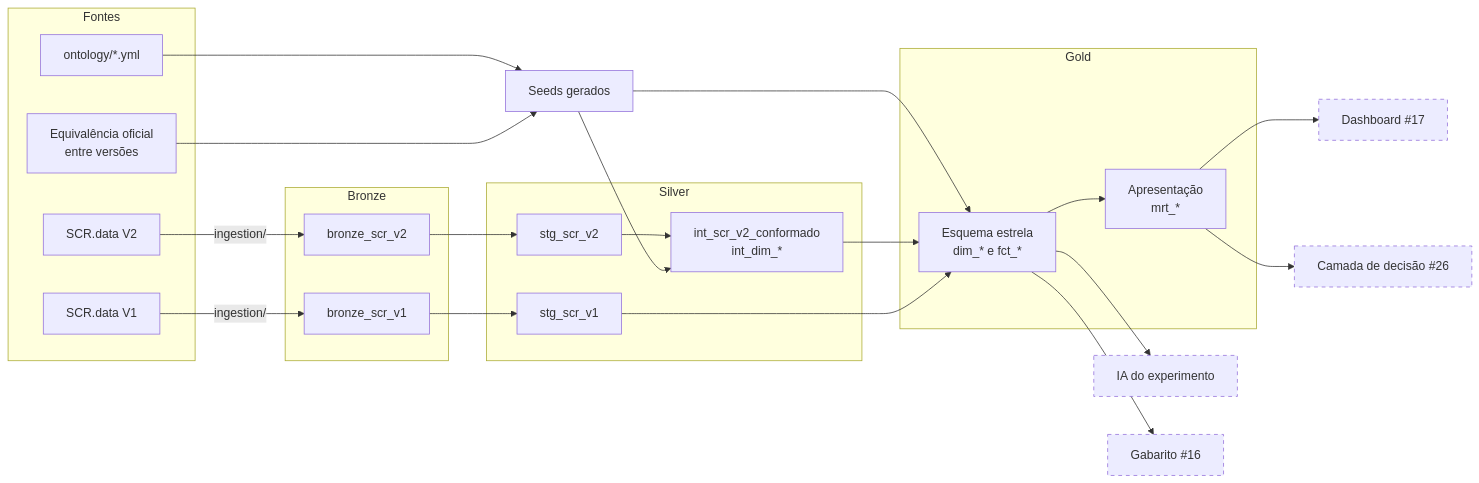
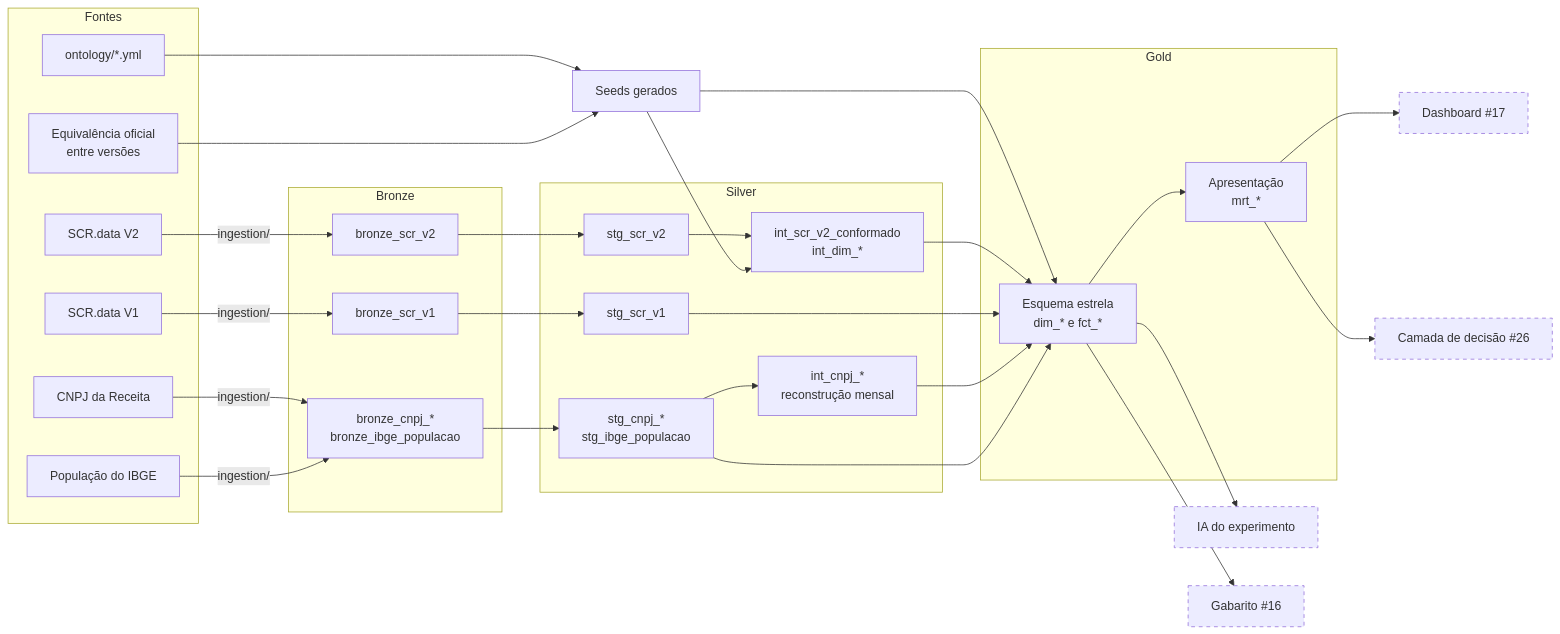
Before and after one commit to RCHRDYv/bcb-credito-governanca: the diagram in README.md, drawn with Mermaid. The commit also changed other lines of this file and 3 other files, not shown here.

First line of the commit message:
ADR 0009, especificacao, README e diagramas das fontes externas

````diff
--- a/README.md
+++ b/README.md
@@ -69,45 +69,52 @@
 ```mermaid
 flowchart LR
     subgraph fontes["Fontes"]
         v2["SCR.data V2"]
         v1["SCR.data V1"]
         onto["ontology/*.yml"]
         equiv["Equivalência oficial<br/>entre versões"]
+        cnpj["CNPJ da Receita"]
+        ibge["População do IBGE"]
     end
 
     subgraph bronze["Bronze"]
         b2["bronze_scr_v2"]
         b1["bronze_scr_v1"]
+        bext["bronze_cnpj_*<br/>bronze_ibge_populacao"]
     end
 
     seeds["Seeds gerados"]
 
     subgraph silver["Silver"]
         s2["stg_scr_v2"]
         s1["stg_scr_v1"]
         conf["int_scr_v2_conformado<br/>int_dim_*"]
+        sext["stg_cnpj_*<br/>stg_ibge_populacao"]
+        rec["int_cnpj_*<br/>reconstrução mensal"]
     end
 
     subgraph gold["Gold"]
         estrela["Esquema estrela<br/>dim_* e fct_*"]
         apres["Apresentação<br/>mrt_*"]
     end
 
     ia["IA do experimento"]
     gab["Gabarito #16"]
     dash["Dashboard #17"]
     dec["Camada de decisão #26"]
 
     v2 -- "ingestion/" --> b2 --> s2 --> conf
     v1 -- "ingestion/" --> b1 --> s1
     onto & equiv --> seeds --> conf
     seeds --> estrela
     conf --> estrela
     s1 --> estrela
+    cnpj & ibge -- "ingestion/" --> bext --> sext --> rec --> estrela
+    sext --> estrela
     estrela --> apres
     estrela --> ia & gab
     apres --> dash & dec
 
     classDef planejado stroke-dasharray: 5 5
     class ia,gab,dash,dec planejado
 ```
````
